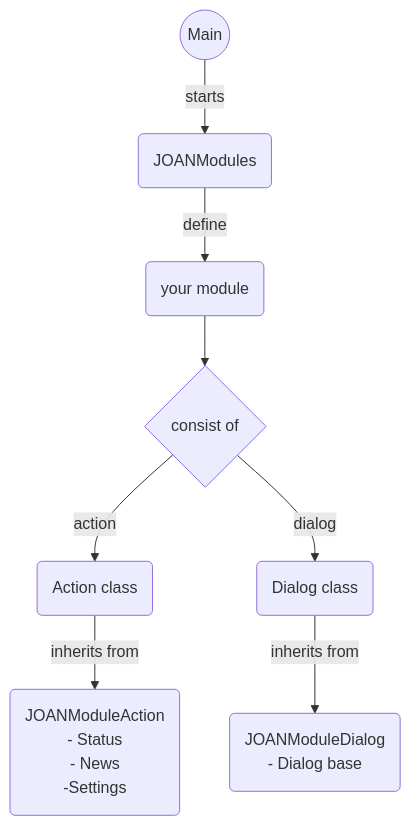
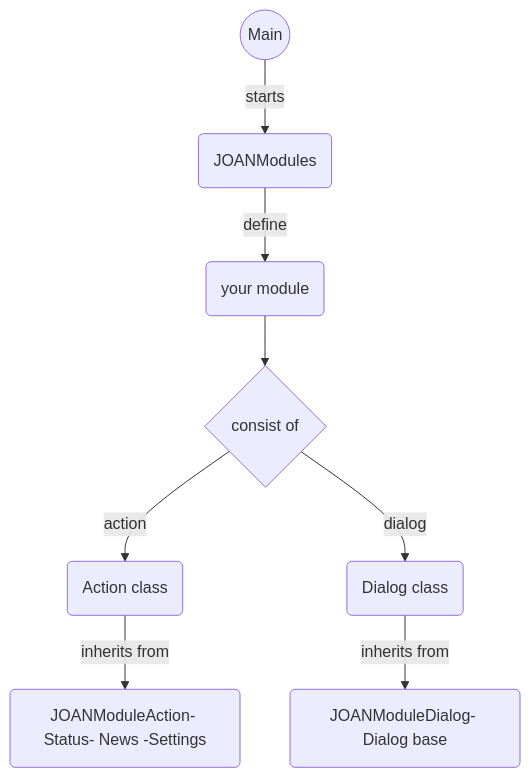
One commit to tud-hri/joan changed the diagram in docs/joan-structure.md. Above: the diagram before and after it, drawn with Mermaid. The commit also changed other lines of this file and 3 other files, not shown here.

Commit message:
Added pyfences for mermaid support in mkdocs

````diff
--- a/docs/joan-structure.md
+++ b/docs/joan-structure.md
@@ -26,10 +26,10 @@
 ```mermaid
 graph TD
    A((Main))-->|starts|B(JOANModules)
    B-->|define|C(your module)
    C-->D{consist of}
    D-->|action|G(Action class)
    D-->|dialog|H(Dialog class)
-   G-->|inherits from|E(JOANModuleAction<br>- Status<br>- News<br> -Settings)
-   H-->|inherits from|F(JOANModuleDialog<br>- Dialog base)
+   G-->|inherits from|E(JOANModuleAction- Status- News -Settings)
+   H-->|inherits from|F(JOANModuleDialog- Dialog base)
 ```
````
